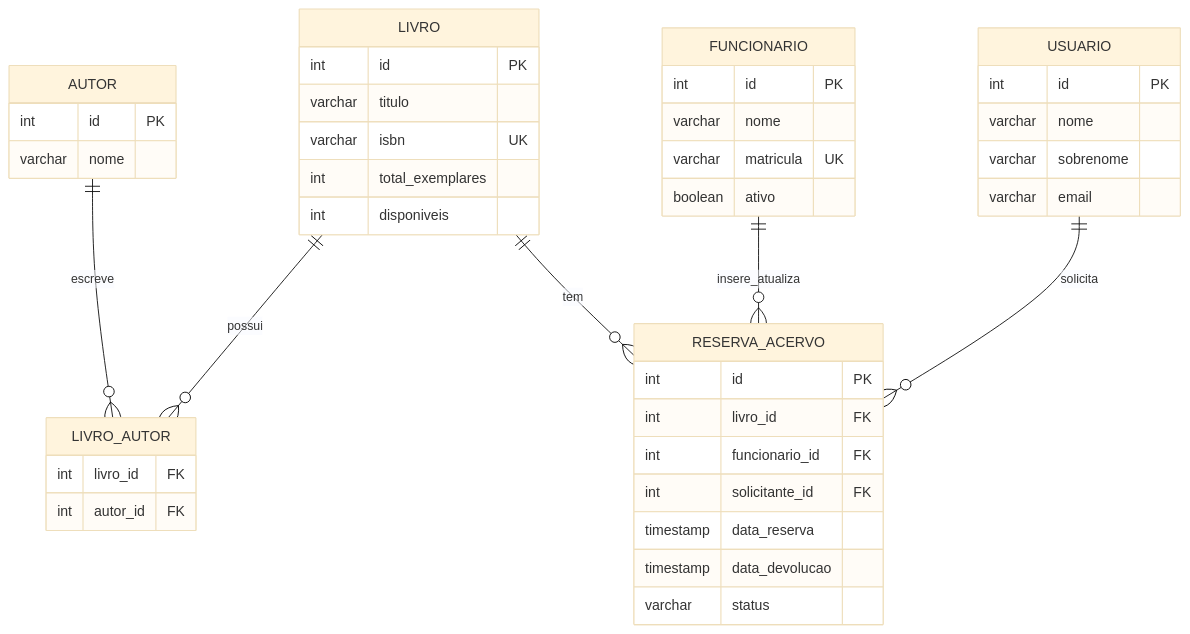
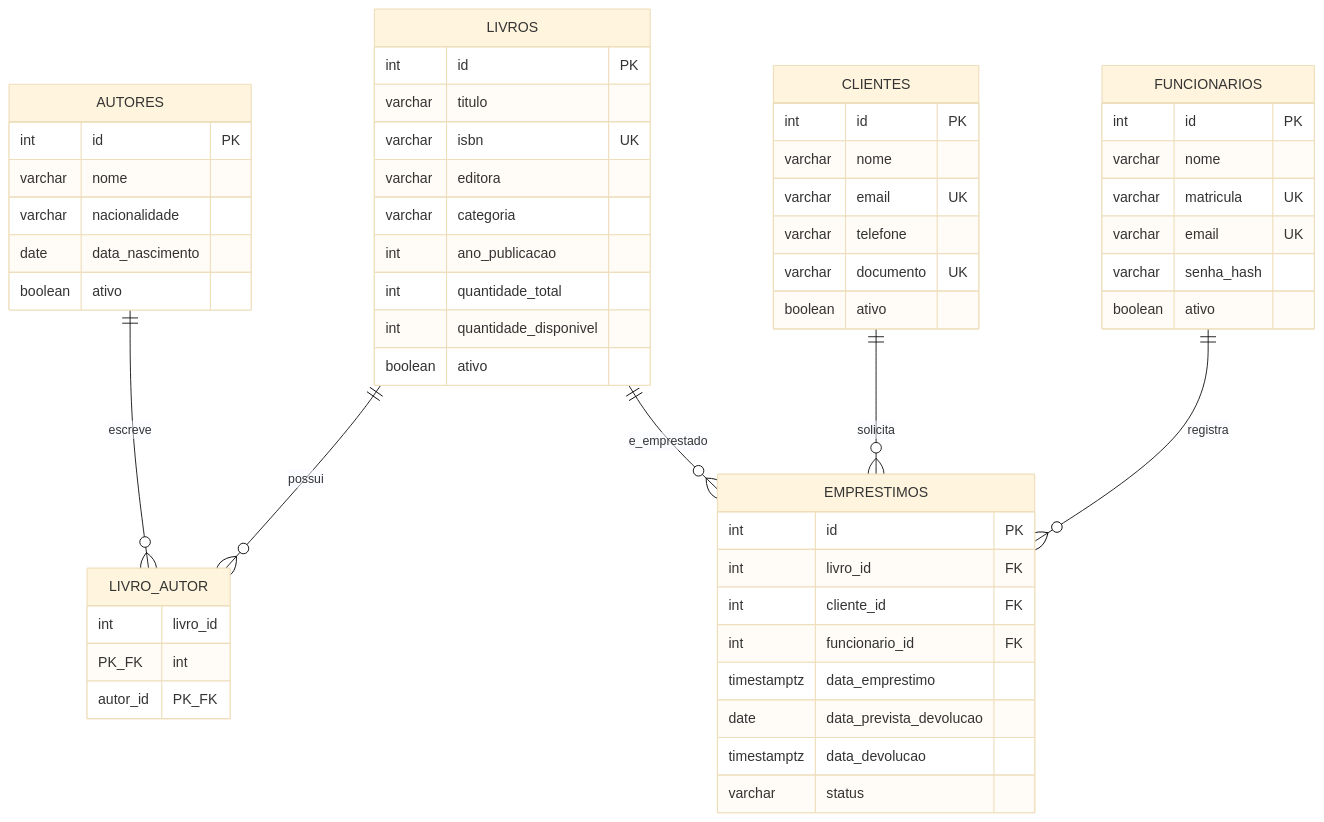
The diagram in README.md (LucasR0sa/sctec-projeto1), drawn with Mermaid (base theme) before and after one commit. The commit also changed other lines of this file and 1 other file, not shown here.

````diff
--- a/README.md
+++ b/README.md
@@ -189,47 +67,57 @@
 ```mermaid
 erDiagram
-    AUTOR ||--o{ LIVRO_AUTOR : escreve
-    LIVRO ||--o{ LIVRO_AUTOR : possui
-    LIVRO ||--o{ RESERVA_ACERVO : tem
-    FUNCIONARIO ||--o{ RESERVA_ACERVO : insere_atualiza
-    USUARIO ||--o{ RESERVA_ACERVO : solicita
+    AUTORES ||--o{ LIVRO_AUTOR : escreve
+    LIVROS ||--o{ LIVRO_AUTOR : possui
+    LIVROS ||--o{ EMPRESTIMOS : e_emprestado
+    CLIENTES ||--o{ EMPRESTIMOS : solicita
+    FUNCIONARIOS ||--o{ EMPRESTIMOS : registra
 
-    USUARIO {
-        int id PK
-        varchar nome
-        varchar sobrenome
-        varchar email
-    }
-
-    FUNCIONARIO {
+    FUNCIONARIOS {
         int id PK
         varchar nome
         varchar matricula UK
+        varchar email UK
+        varchar senha_hash
         boolean ativo
     }
-    AUTOR {
+    AUTORES {
         int id PK
         varchar nome
+        varchar nacionalidade
+        date data_nascimento
+        boolean ativo
     }
-    LIVRO {
+    CLIENTES {
+        int id PK
+        varchar nome
+        varchar email UK
+        varchar telefone
+        varchar documento UK
+        boolean ativo
+    }
+    LIVROS {
         int id PK
         varchar titulo
         varchar isbn UK
-        int total_exemplares
-        int disponiveis
+        varchar editora
+        varchar categoria
+        int ano_publicacao
+        int quantidade_total
+        int quantidade_disponivel
+        boolean ativo
     }
     LIVRO_AUTOR {
-        int livro_id FK
-        int autor_id FK
+        int livro_id PK_FK
+        int autor_id PK_FK
     }
-
-    RESERVA_ACERVO {
+    EMPRESTIMOS {
         int id PK
         int livro_id FK
+        int cliente_id FK
         int funcionario_id FK
-        int solicitante_id FK
-        timestamp data_reserva
-        timestamp data_devolucao
+        timestamptz data_emprestimo
+        date data_prevista_devolucao
+        timestamptz data_devolucao
         varchar status
     }
 ```
````
